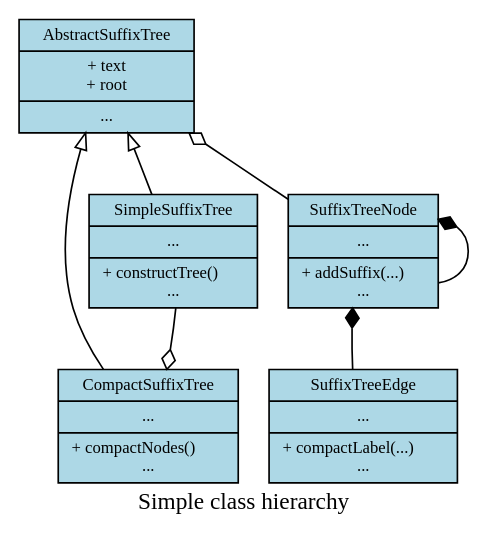
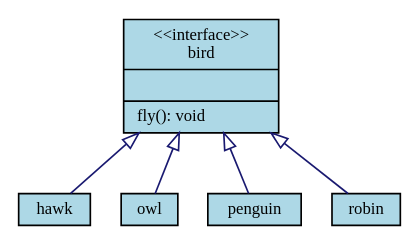
One commit to DaveParillo/intermediate-cpp changed the diagram in _sources/class-III-design/inheritance.rst. Above: the diagram before and after it, drawn with Graphviz. The commit also changed other lines of this file, not shown here.

Commit message:
started inheritance content

```diff
--- a/_sources/class-III-design/inheritance.rst
+++ b/_sources/class-III-design/inheritance.rst
@@ -80,29 +42,28 @@
-.. graphviz::
+.. graphviz:: 
+   :alt: Person inheritance
 
-   digraph hierarchy {
-     //size="5,5"
-     label="Simple class hierarchy"
-
-     node[shape=record,style=filled,fillcolor=gray95,
-          fontname = "Bitstream Vera Sans", fontsize = 10
-          style=filled
-        fillcolor=lightblue]
-     edge[dir=back, arrowtail=empty,
-          fontname = "Bitstream Vera Sans", fontsize = 10]
-
-
-     2[label = "{AbstractSuffixTree|+ text\n+ root|...}"]
-     3[label = "{SimpleSuffixTree|...| + constructTree()\l...}"]
-     4[label = "{CompactSuffixTree|...| + compactNodes()\l...}"]
-     5[label = "{SuffixTreeNode|...|+ addSuffix(...)\l...}"]
-     6[label = "{SuffixTreeEdge|...|+ compactLabel(...)\l...}"]
-
-     {rank=same; 4 6} -> {rank=same; 3 5} [style=invis]
-
-     2->3
-     2->4
-     5->5[constraint=false, arrowtail=diamond]
-     4->3[constraint=false, arrowtail=odiamond]
-     2->5[constraint=false, arrowtail=odiamond]
-     5->6[arrowtail=diamond]
+   digraph "person"
+   {
+     edge [fontname="BitstreamVeraSans",
+           fontsize="10",
+           labelfontname="BitstreamVeraSans",
+           labelfontsize="10",
+           dir="back",
+           arrowtail="onormal",
+           style="solid",
+           color="midnightblue"];
+     node [fontname="BitstreamVeraSans",
+           fontsize="10",
+           height=0.2,
+           width=0.4,
+           color="black",
+           fillcolor="lightblue",
+           shape=box,
+           style="filled"];
+     bird [shape=record,
+       label="{\<\<interface\>\>\nbird\n||fly(): void\l}"];
+     bird -> hawk;
+     bird -> owl;
+     bird -> penguin;
+     bird -> robin;
    }
```
